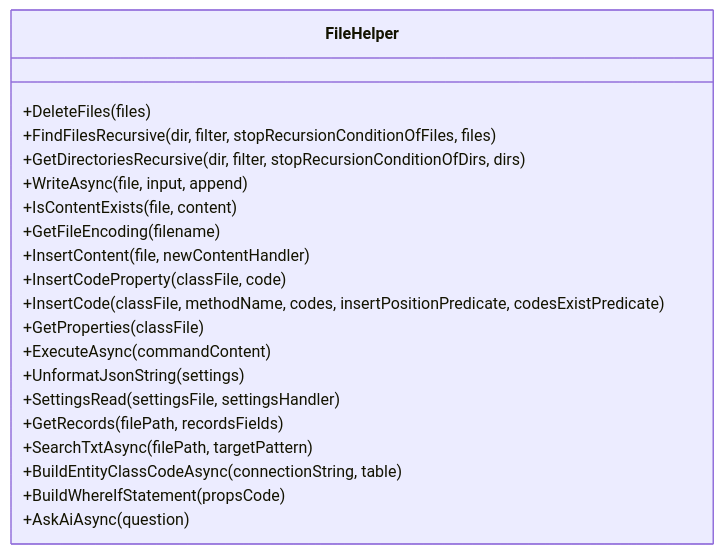
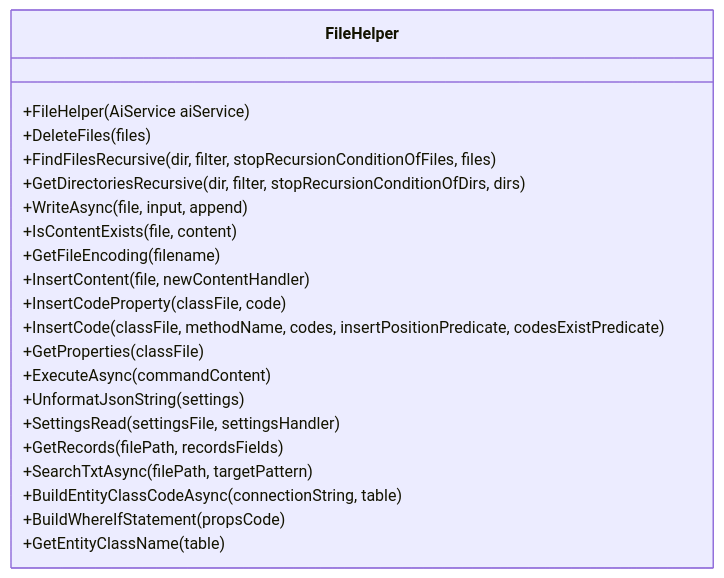
One commit to Sosososolong/AirGo changed the third of 7 diagrams in .qoder/repowiki/zh/content/工具库详解/文件操作工具.md. Above: the diagram before and after it, drawn with Mermaid. The commit also changed other lines of this file and 13 other files, not shown here.

````diff
--- a/.qoder/repowiki/zh/content/工具库详解/文件操作工具.md
+++ b/.qoder/repowiki/zh/content/工具库详解/文件操作工具.md
@@ -194,23 +165,24 @@
 ```mermaid
 classDiagram
 class FileHelper {
++FileHelper(AiService aiService)
 +DeleteFiles(files)
 +FindFilesRecursive(dir, filter, stopRecursionConditionOfFiles, files)
 +GetDirectoriesRecursive(dir, filter, stopRecursionConditionOfDirs, dirs)
 +WriteAsync(file, input, append)
 +IsContentExists(file, content)
 +GetFileEncoding(filename)
 +InsertContent(file, newContentHandler)
 +InsertCodeProperty(classFile, code)
 +InsertCode(classFile, methodName, codes, insertPositionPredicate, codesExistPredicate)
 +GetProperties(classFile)
 +ExecuteAsync(commandContent)
 +UnformatJsonString(settings)
 +SettingsRead(settingsFile, settingsHandler)
 +GetRecords(filePath, recordsFields)
 +SearchTxtAsync(filePath, targetPattern)
 +BuildEntityClassCodeAsync(connectionString, table)
 +BuildWhereIfStatement(propsCode)
-+AskAiAsync(question)
++GetEntityClassName(table)
 }
 ```
````
